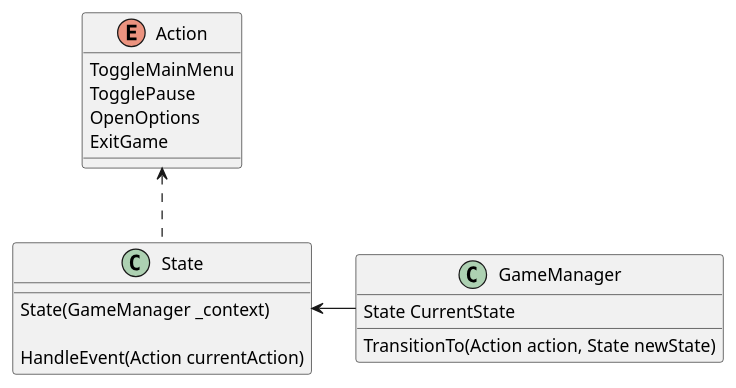
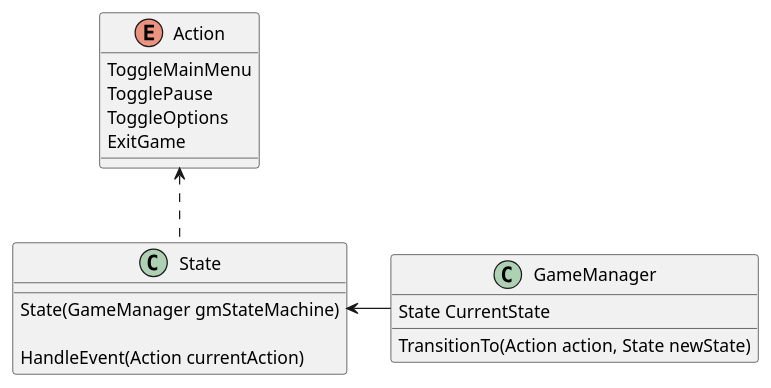
Before and after one commit to Blueberry-Jam-Studios/AimForTheAbyss: the diagram in Diagrams/state_diagram.plantuml, drawn with PlantUML. The commit also changed 23 other files, not shown here.

```diff
--- a/Diagrams/state_diagram.plantuml
+++ b/Diagrams/state_diagram.plantuml
@@ -1,28 +1,28 @@
 @startuml state_diagram
 allow_mixing
 
 class State {
-  State(GameManager _context)
+  State(GameManager gmStateMachine)
 
   HandleEvent(Action currentAction)
 }
 
 class GameManager {
   State CurrentState
 
   TransitionTo(Action action, State newState)
 }
 
 State <- GameManager
 
 enum Action
 {
     ToggleMainMenu
     TogglePause
-    OpenOptions
+    ToggleOptions
     ExitGame
 }
 
 Action <.. State
 
 @enduml
```
